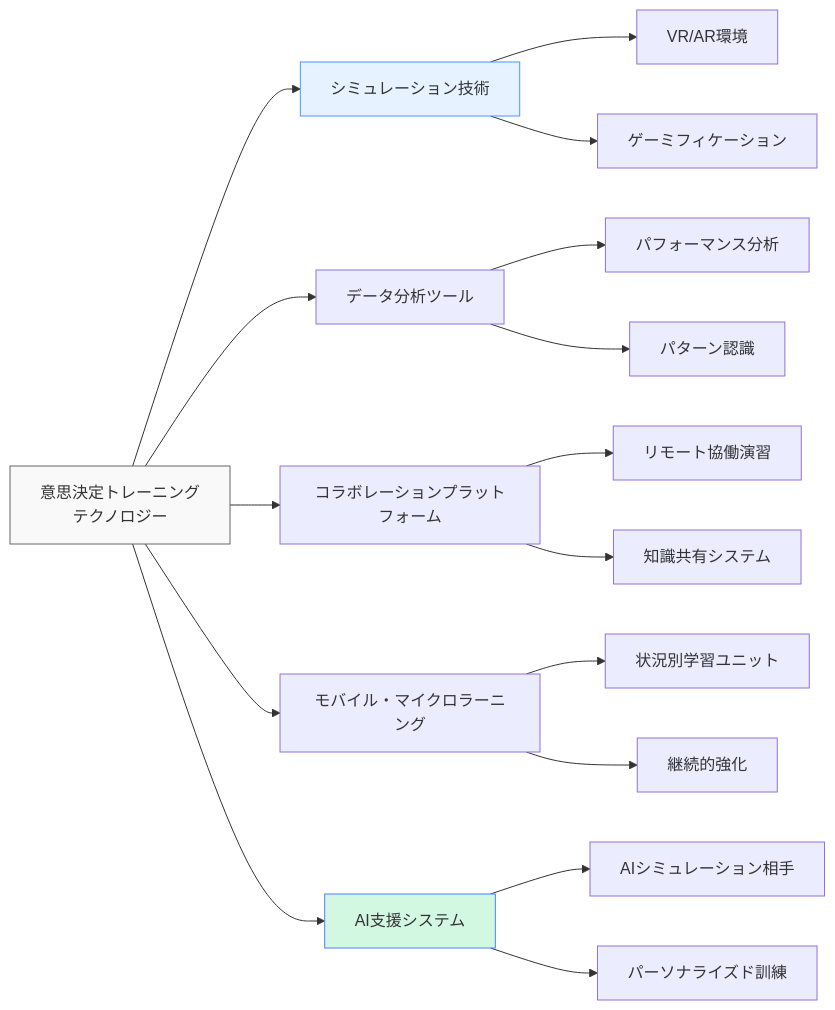
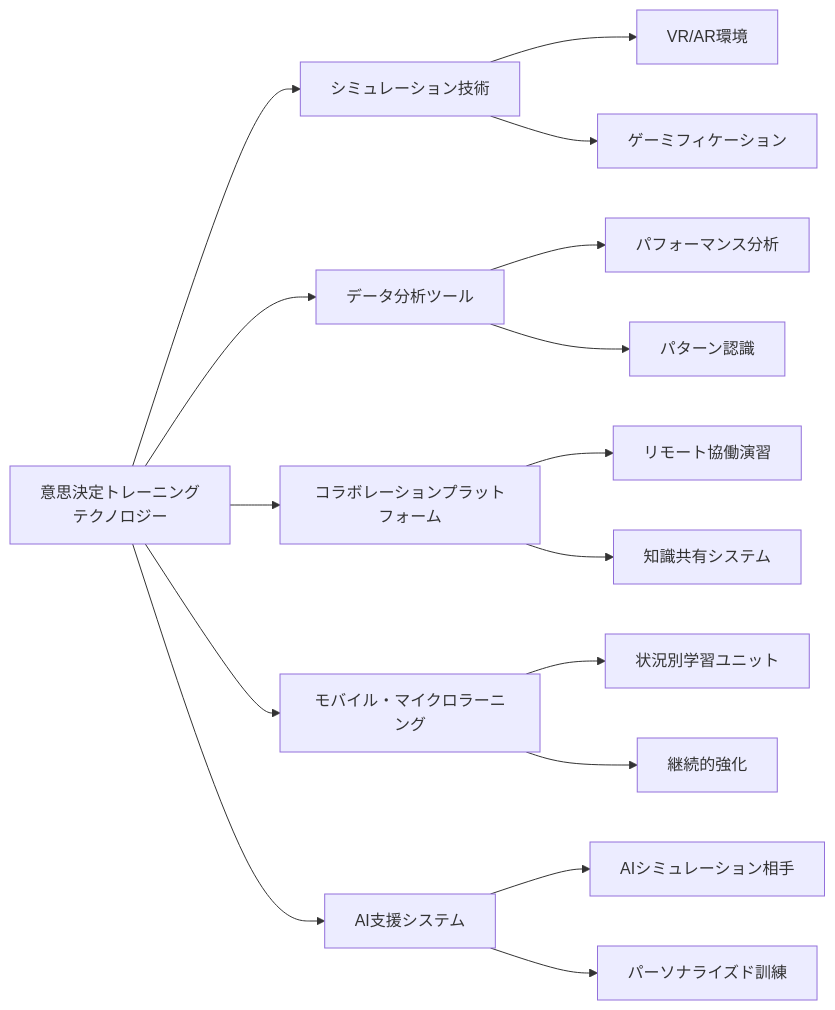
One commit to shuji-bonji/Situational-Awareness-and-Decision-Making changed the seventh of 8 diagrams in docs/decision-making-guide/decision-training.md. Above: the diagram before and after it, drawn with Mermaid. The commit also changed other lines of this file and 49 other files, not shown here.

Commit message:
fix: ダークモードで見づらい図の色の変更

````diff
--- a/docs/decision-making-guide/decision-training.md
+++ b/docs/decision-making-guide/decision-training.md
@@ -696,27 +696,27 @@
 ```mermaid
 graph LR
     A[意思決定トレーニング<br>テクノロジー] --> B[シミュレーション技術]
     A --> C[データ分析ツール]
     A --> D[コラボレーションプラットフォーム]
     A --> E[モバイル・マイクロラーニング]
     A --> F[AI支援システム]
     
     B --> B1[VR/AR環境]
     B --> B2[ゲーミフィケーション]
     
     C --> C1[パフォーマンス分析]
     C --> C2[パターン認識]
     
     D --> D1[リモート協働演習]
     D --> D2[知識共有システム]
     
     E --> E1[状況別学習ユニット]
     E --> E2[継続的強化]
     
     F --> F1[AIシミュレーション相手]
     F --> F2[パーソナライズド訓練]
     
-    style A fill:#f9f9f9,stroke:#666
-    style F fill:#d3f8e2,stroke:#4d7fff
-    style B fill:#e6f2ff,stroke:#4d94ff
+
+
+
 ```
````
